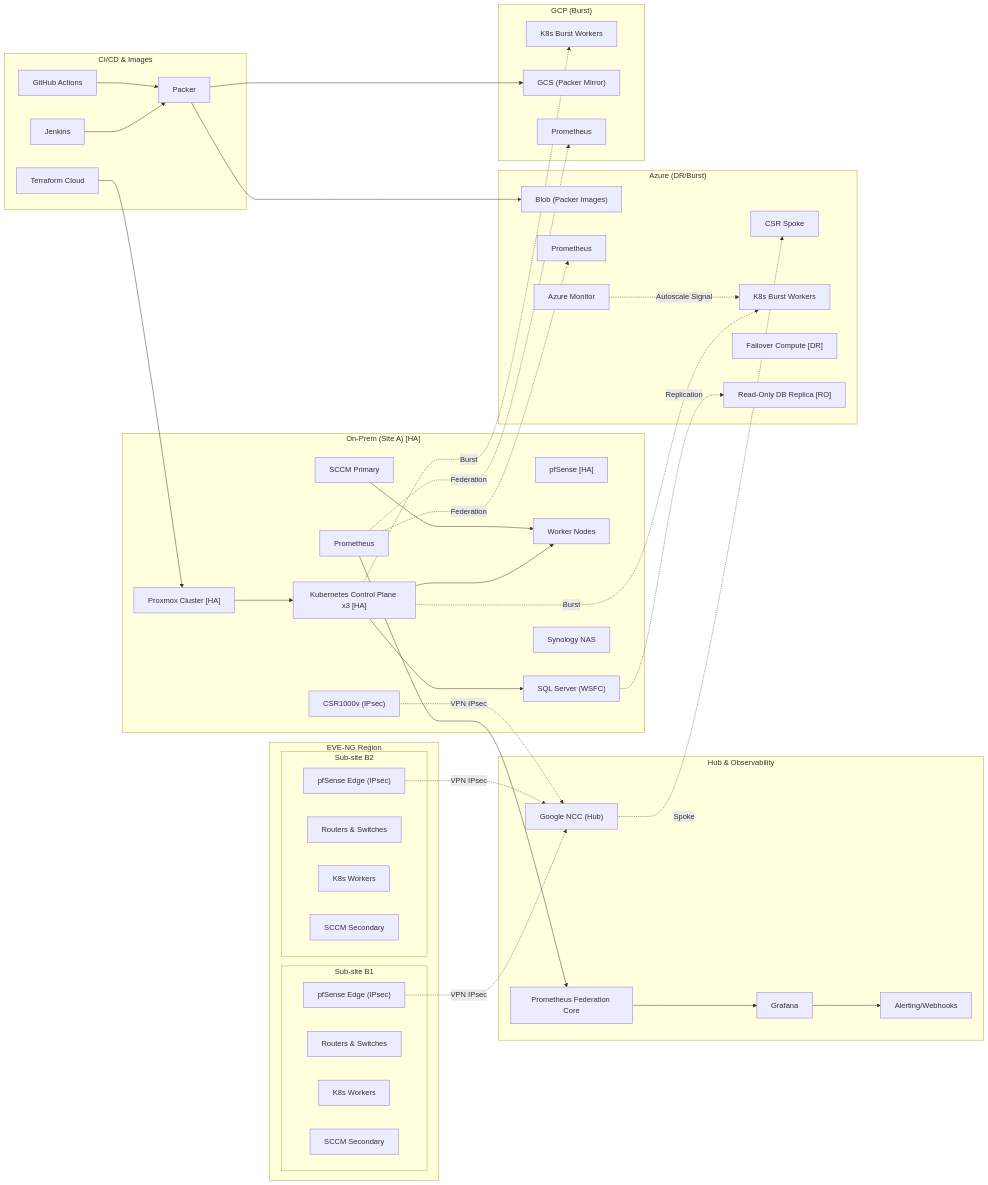
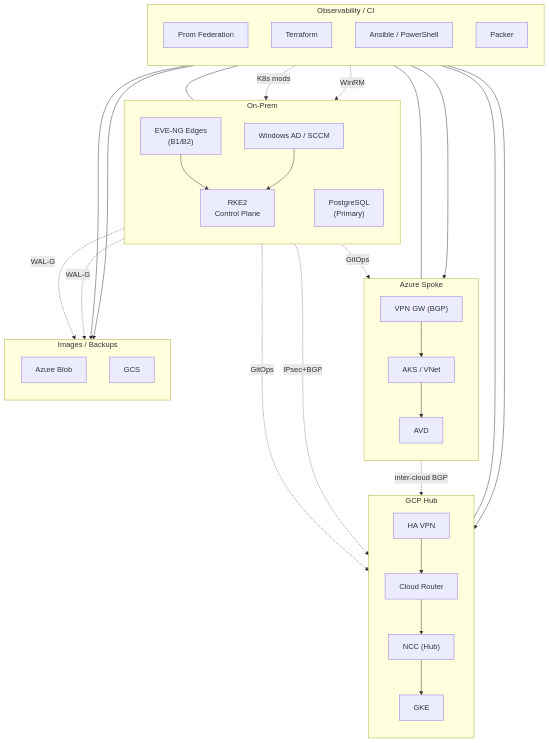
The diagram in README.md (jeleel-muibi/hybridops.studio), drawn with Mermaid before and after one commit. The commit also changed other lines of this file and 456 other files, not shown here.

````diff
--- a/README.md
+++ b/README.md
@@ -47,85 +64,72 @@
 ```mermaid
-flowchart LR
-  subgraph OnPrem["On‑Prem (Site A) [HA]"]
-    PVE["Proxmox Cluster [HA]"]
-    PF["pfSense [HA]"]
-    CSR["CSR1000v (IPsec)"]
-    KCP["Kubernetes Control Plane x3 [HA]"]
-    KW["Worker Nodes"]
-    SCCM["SCCM Primary"]
-    SQL["SQL Server (WSFC)"]
-    NAS["Synology NAS"]
-    PROM_ON["Prometheus"]
+flowchart TB
+  %% ===== On-Prem =====
+  subgraph OnPrem["On-Prem"]
+    direction TB
+    Edges["EVE-NG Edges<br/>(B1/B2)"]
+    RKE2["RKE2<br/>Control Plane"]
+    Win["Windows AD / SCCM"]
+    PG["PostgreSQL<br/>(Primary)"]
+    Edges --> RKE2
+    Win --> RKE2
   end
 
-  subgraph EVE["EVE‑NG Region"]
-    subgraph B1["Sub‑site B1"]
-      PF_B1["pfSense Edge (IPsec)"]
-      RSW_B1["Routers & Switches"]
-      KW_B1["K8s Workers"]
-      SCCM_B1["SCCM Secondary"]
-    end
-    subgraph B2["Sub‑site B2"]
-      PF_B2["pfSense Edge (IPsec)"]
-      RSW_B2["Routers & Switches"]
-      KW_B2["K8s Workers"]
-      SCCM_B2["SCCM Secondary"]
-    end
+  %% ===== GCP Hub =====
+  subgraph Hub["GCP Hub"]
+    direction TB
+    HAVPN["HA VPN"]
+    CR["Cloud Router"]
+    NCC["NCC (Hub)"]
+    GKE["GKE"]
+    HAVPN --> CR --> NCC --> GKE
   end
 
-  subgraph HUB["Hub & Observability"]
-    NCC["Google NCC (Hub)"]
-    PROM_CORE["Prometheus Federation Core"]
-    GRAF["Grafana"]
-    ALERT["Alerting/Webhooks"]
+  %% ===== Azure Spoke =====
+  subgraph Azure["Azure Spoke"]
+    direction TB
+    AZGW["VPN GW (BGP)"]
+    AKS["AKS / VNet"]
+    AVD["AVD"]
+    AZGW --> AKS --> AVD
   end
 
-  subgraph Azure["Azure (DR/Burst)"]
-    CSR_AZ["CSR Spoke"]
-    K8S_AZ["K8s Burst Workers"]
-    DR_VM["Failover Compute [DR]"]
-    RO_DB["Read‑Only DB Replica [RO]"]
-    BLOB["Blob (Packer Images)"]
-    PROM_AZ["Prometheus"]
-    AZ_MON["Azure Monitor"]
+  %% ===== Ops / Artifacts =====
+  subgraph Ops["Observability / CI"]
+    direction TB
+    PFED["Prom Federation"]
+    TF["Terraform"]
+    ANS["Ansible / PowerShell"]
+    PKR["Packer"]
   end
 
-  subgraph GCP["GCP (Burst)"]
-    K8S_GCP["K8s Burst Workers"]
-    GCS["GCS (Packer Mirror)"]
-    PROM_GCP["Prometheus"]
+  subgraph Art["Images / Backups"]
+    direction TB
+    Blob["Azure Blob"]
+    GCS["GCS"]
   end
 
-  subgraph CICD["CI/CD & Images"]
-    JENK["Jenkins"]
-    GHA["GitHub Actions"]
-    PACK["Packer"]
-    TFC["Terraform Cloud"]
-  end
+  %% ---- Tunnels (dotted) ----
+  Edges -. IPsec+BGP .-> HAVPN
+  AZGW  -. inter-cloud BGP .-> CR
 
-  %% primary flows
-  PVE --> KCP
-  KCP --> KW
-  KCP --> SQL
-  SCCM --> KW
-  PROM_ON --> PROM_CORE
-  PROM_CORE --> GRAF
-  GRAF --> ALERT
-  TFC --> PVE
-  JENK --> PACK
-  GHA --> PACK
-  PACK --> BLOB
-  PACK --> GCS
+  %% ---- Control (solid) ----
+  TF --> AKS
+  TF --> GKE
 
-  %% overlays (dashed)
-  CSR -. "VPN IPsec" .-> NCC
-  PF_B1 -. "VPN IPsec" .-> NCC
-  PF_B2 -. "VPN IPsec" .-> NCC
-  NCC -. "Spoke" .-> CSR_AZ
-  PROM_ON -. "Federation" .-> PROM_AZ
-  PROM_ON -. "Federation" .-> PROM_GCP
-  KCP -. "Burst" .-> K8S_AZ
-  KCP -. "Burst" .-> K8S_GCP
-  SQL -. "Replication" .-> RO_DB
-  AZ_MON -. "Autoscale Signal" .-> K8S_AZ
+  %% ---- GitOps / Config (dotted) ----
+  RKE2 -. GitOps .-> AKS
+  RKE2 -. GitOps .-> GKE
+  ANS  -. WinRM .-> Win
+  ANS  -. K8s mods .-> RKE2
+
+  %% ---- Backups & Images (dotted) ----
+  PG  -. WAL-G .-> Blob
+  PG  -. WAL-G .-> GCS
+  PKR --> Blob
+  PKR --> GCS
+
+  %% ---- Federation visibility ----
+  PFED --- RKE2
+  PFED --- AKS
+  PFED --- GKE
 ```
````
